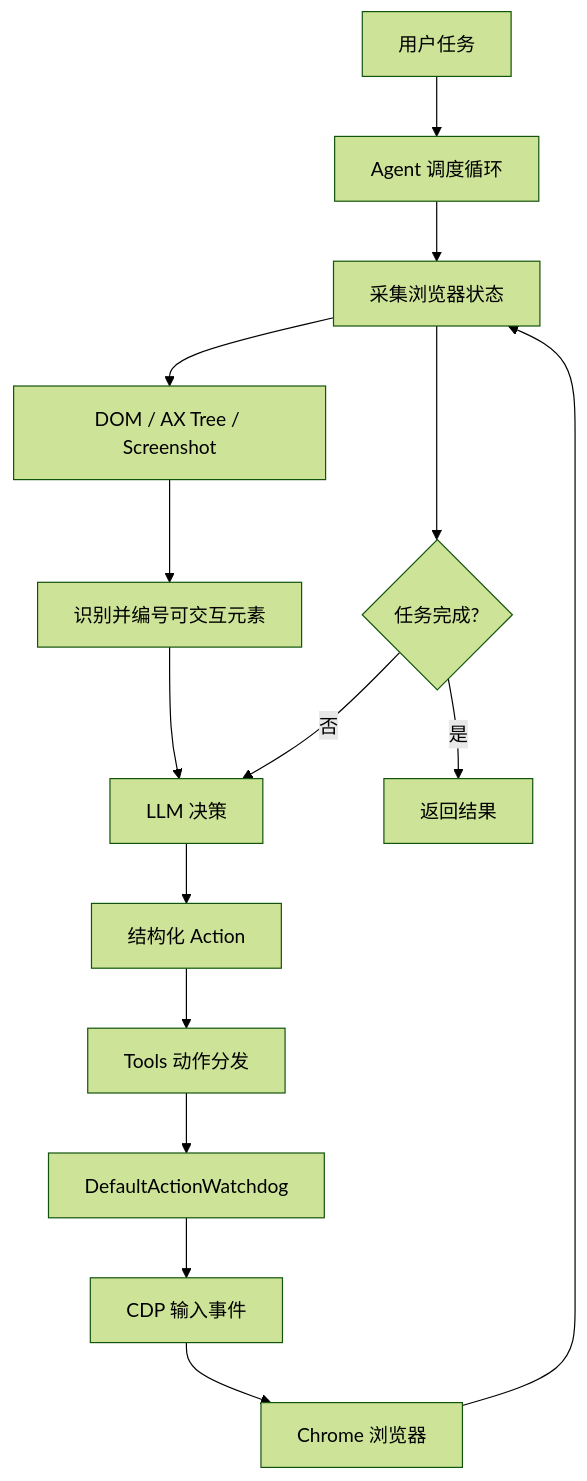
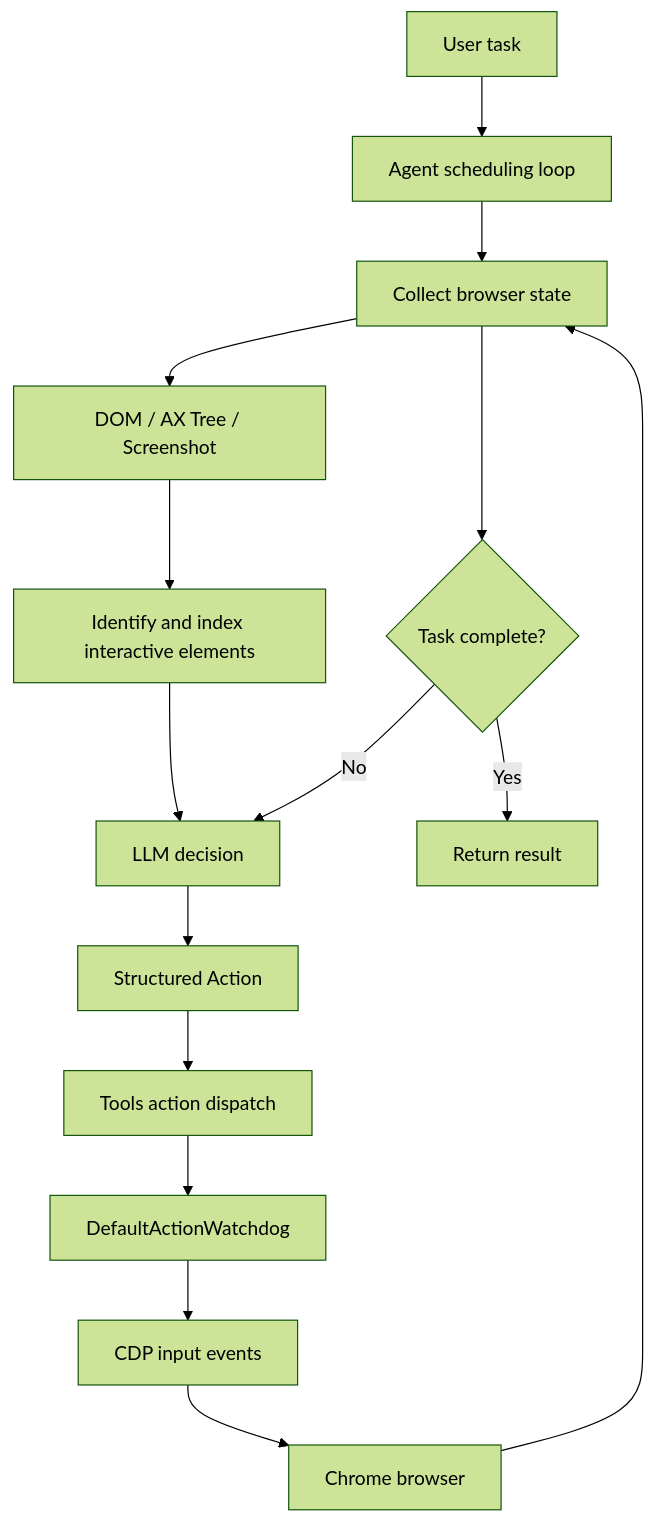
One commit to LHKong7/tabvis changed the first of 3 diagrams in docs/Browser_opereation_simulation.md. Above: the diagram before and after it, drawn with Mermaid (forest theme). The commit also changed other lines of this file and 26 other files, not shown here.

````diff
--- a/docs/Browser_opereation_simulation.md
+++ b/docs/Browser_opereation_simulation.md
@@ -31,17 +35,17 @@
 ```mermaid
 flowchart TD
-    A["用户任务"] --> B["Agent 调度循环"]
-    B --> C["采集浏览器状态"]
+    A["User task"] --> B["Agent scheduling loop"]
+    B --> C["Collect browser state"]
     C --> D["DOM / AX Tree / Screenshot"]
-    D --> E["识别并编号可交互元素"]
-    E --> F["LLM 决策"]
-    F --> G["结构化 Action"]
-    G --> H["Tools 动作分发"]
+    D --> E["Identify and index interactive elements"]
+    E --> F["LLM decision"]
+    F --> G["Structured Action"]
+    G --> H["Tools action dispatch"]
     H --> I["DefaultActionWatchdog"]
-    I --> J["CDP 输入事件"]
-    J --> K["Chrome 浏览器"]
+    I --> J["CDP input events"]
+    J --> K["Chrome browser"]
     K --> C
-    C --> L{"任务完成?"}
-    L -- "否" --> F
-    L -- "是" --> M["返回结果"]
+    C --> L{"Task complete?"}
+    L -- "No" --> F
+    L -- "Yes" --> M["Return result"]
 ```
````
